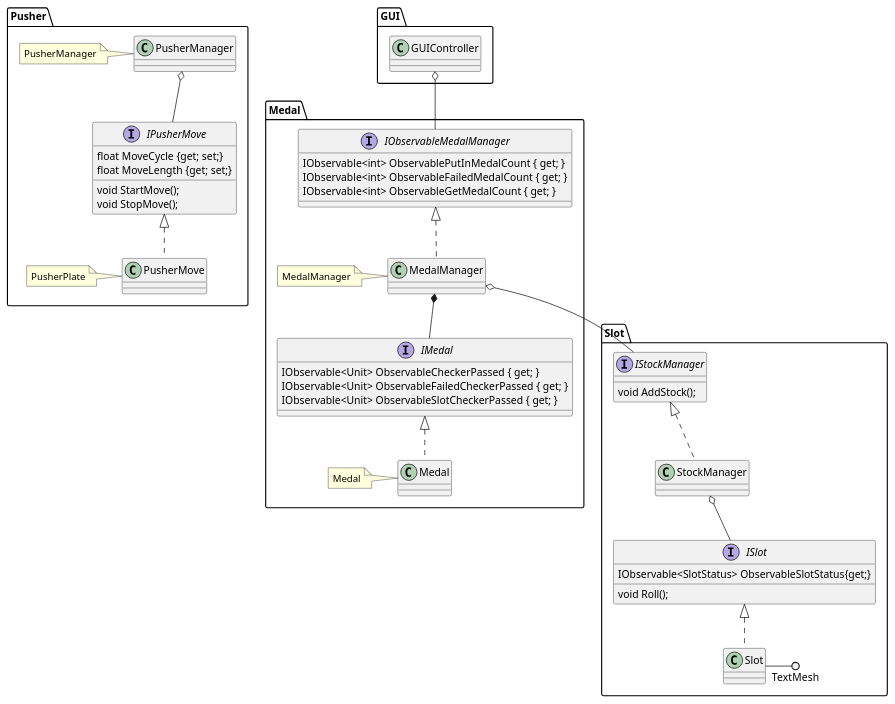
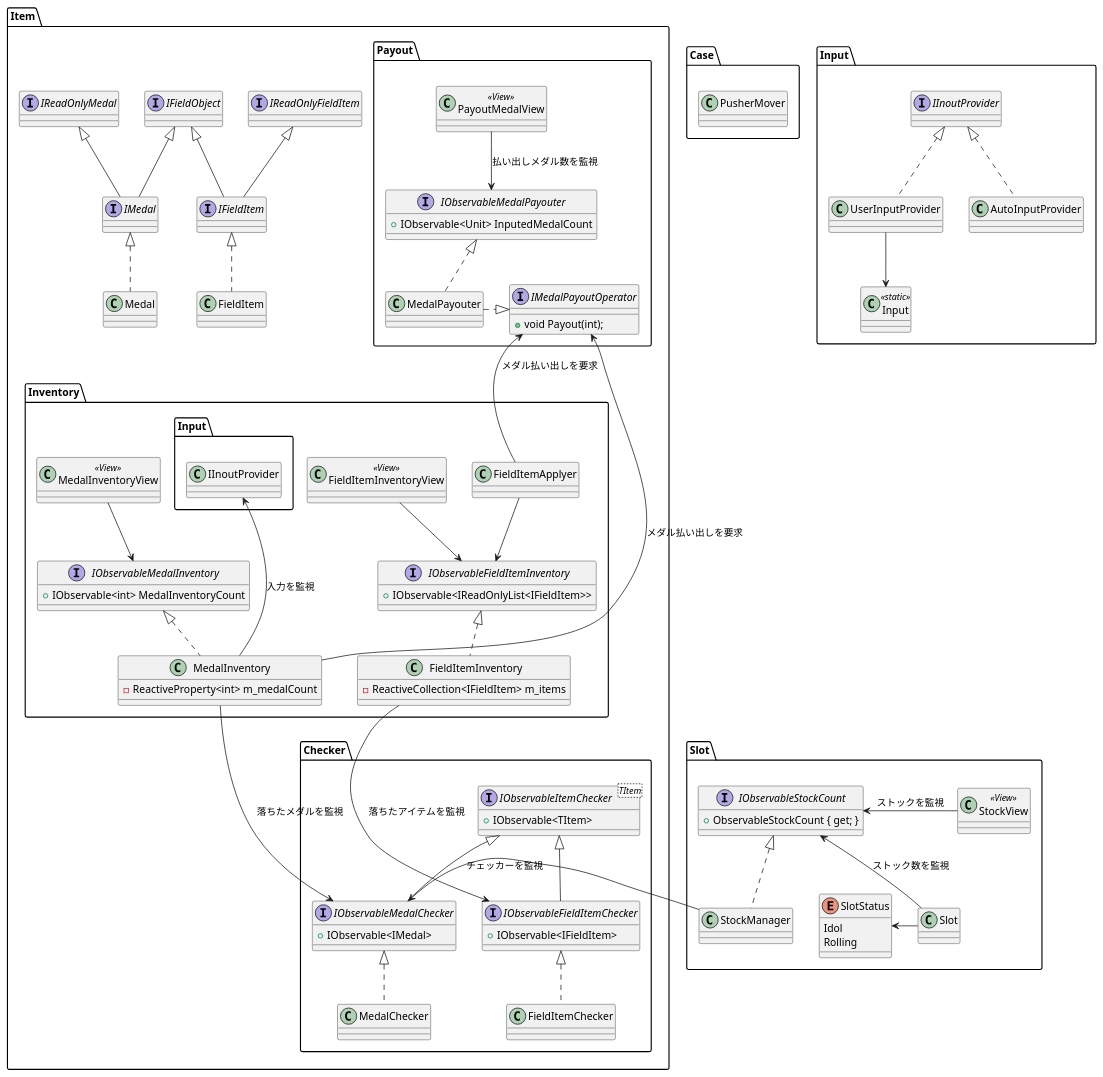
One commit to yutorisan/CoinPusherGame changed the diagram in Documents/ClassDiaglam.pu. Above: the diagram before and after it, drawn with PlantUML. The commit also changed 2 other files, not shown here.

Commit message:
クラス設計見直し　クラス図再作成　WebGLビルドに変更

```diff
--- a/Documents/ClassDiaglam.pu
+++ b/Documents/ClassDiaglam.pu
@@ -1,74 +1,131 @@
-@startuml MedalPusherGameClassDiaglam
+@startuml MedalPusher
 
-namespace Pusher{
-
-    class PusherManager
-    note left:PusherManager
-
-    interface IPusherMove{
-        void StartMove();
-        void StopMove();
-        float MoveCycle {get; set;}
-        float MoveLength {get; set;}
-    }
-    class PusherMove
-    note left : PusherPlate
-
-    IPusherMove <|.. PusherMove
-    PusherManager o-- IPusherMove
+namespace Case{
+    class PusherMover
 }
 
-namespace Medal{
-    interface IMedal{
-		IObservable<Unit> ObservableCheckerPassed { get; }
-		IObservable<Unit> ObservableFailedCheckerPassed { get; }
-		IObservable<Unit> ObservableSlotCheckerPassed { get; }
-    }
+namespace Item{
+    interface IReadOnlyFieldItem
+    interface IFieldItem
+    class FieldItem
+    IReadOnlyFieldItem <|-- IFieldItem
+    IFieldItem <|.. FieldItem
+
+    interface IReadOnlyMedal
+    interface IMedal
     class Medal
-    note left : Medal
-
+    IReadOnlyMedal <|-- IMedal
     IMedal <|.. Medal
 
-    interface IObservableMedalManager{
-        IObservable<int> ObservablePutInMedalCount { get; }
-		IObservable<int> ObservableFailedMedalCount { get; }
-		IObservable<int> ObservableGetMedalCount { get; }
+    interface IFieldObject
+    IFieldObject <|-- IMedal
+    IFieldObject <|-- IFieldItem
+    
+    namespace Checker{
+        interface IObservableItemChecker<TItem>{
+            +IObservable<TItem>
+        }
+
+        interface IObservableMedalChecker{
+            +IObservable<IMedal>
+        }
+        class MedalChecker
+        IObservableItemChecker <|-- IObservableMedalChecker
+        IObservableMedalChecker <|.. MedalChecker
+
+        interface IObservableFieldItemChecker{
+            +IObservable<IFieldItem>
+        }
+        class FieldItemChecker
+        IObservableItemChecker <|-- IObservableFieldItemChecker
+        IObservableFieldItemChecker <|.. FieldItemChecker
     }
-    class MedalManager
-    note left : MedalManager
+    
+    namespace Payout{
+        interface IObservableMedalPayouter{
+            +IObservable<Unit> InputedMedalCount
+        }
+        interface IMedalPayoutOperator{
+            +void Payout(int);
+        }
+        class MedalPayouter
+        MedalPayouter .|> IMedalPayoutOperator
+        IObservableMedalPayouter <|.. MedalPayouter
 
-    IObservableMedalManager <|.. MedalManager
+        class PayoutMedalView<<View>>
+        PayoutMedalView --> IObservableMedalPayouter : 払い出しメダル数を監視
 
-    MedalManager *-- IMedal
+    }
+    
+    namespace Inventory{
+        interface IObservableMedalInventory{
+            +IObservable<int> MedalInventoryCount
+        }
+        class MedalInventory{
+            -ReactiveProperty<int> m_medalCount
+        }
+        IObservableMedalInventory <|.. MedalInventory
+
+        interface IObservableFieldItemInventory{
+            +IObservable<IReadOnlyList<IFieldItem>> 
+        }
+        class FieldItemInventory{
+            -ReactiveCollection<IFieldItem> m_items
+        }
+        IObservableFieldItemInventory <|.. FieldItemInventory
+
+        MedalInventory ---> Item.Checker.IObservableMedalChecker : 落ちたメダルを監視
+        FieldItemInventory ---> Item.Checker.IObservableFieldItemChecker : 落ちたアイテムを監視
+        Input.IInoutProvider <--- MedalInventory : 入力を監視
+
+        class FieldItemApplyer
+        Item.Payout.IMedalPayoutOperator <-- FieldItemApplyer : メダル払い出しを要求
+
+        class MedalInventoryView<<View>>
+        MedalInventoryView --> IObservableMedalInventory
+        class FieldItemInventoryView<<View>>
+        FieldItemInventoryView --> IObservableFieldItemInventory
+
+        FieldItemApplyer --> IObservableFieldItemInventory
+        MedalInventory --> Item.Payout.IMedalPayoutOperator : メダル払い出しを要求
+    }
+
+    ' Item.Inventory.IObservableMedalCounter <- PayoutMedalView : 落下メダル数を監視
+    ' Item.Payout.IObservableMedalPayouter <- PayoutMedalView : 投入メダル数を監視
 }
 
-namespace GUI{
-    class GUIController
+namespace Input{
+    interface IInoutProvider
+    class UserInputProvider
+    class AutoInputProvider
+    class Input<<static>>
+    IInoutProvider <|.. UserInputProvider
+    IInoutProvider <|.. AutoInputProvider
+    UserInputProvider --> Input
 }
 
 namespace Slot{
+    class StockManager
+    IObservableStockCount <|.. StockManager
+    Item.Checker.IObservableMedalChecker <- StockManager : チェッカーを監視
+    class Slot
+    enum SlotStatus{
+        Idol
+        Rolling
+    }
+    IObservableStockCount <-- Slot : ストック数を監視
 
-    interface ISlot{
-        void Roll();
-        IObservable<SlotStatus> ObservableSlotStatus{get;}
+    ' ISlot <|.. Slot
+    SlotStatus <- Slot
+
+    interface IObservableStockCount{
+        +ObservableStockCount { get; }
     }
-    class Slot
-    Slot -() TextMesh
 
-    ISlot <|.. Slot
+    class StockView<<View>>
+    IObservableStockCount <- StockView : ストックを監視
 
-    interface IStockManager{
-        void AddStock();
-    }
-    class StockManager
-
-    IStockManager <|.. StockManager
-
-    StockManager o-- ISlot
 }
 
-GUI.GUIController o-- Medal.IObservableMedalManager
-
-Medal.MedalManager o-- Slot.IStockManager
 
 @enduml
```
